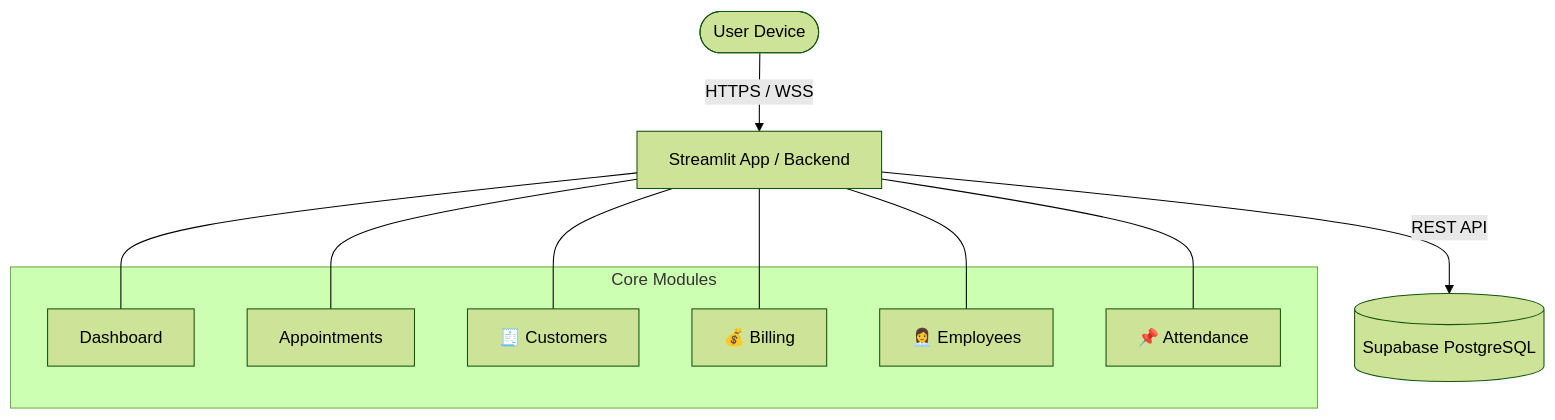
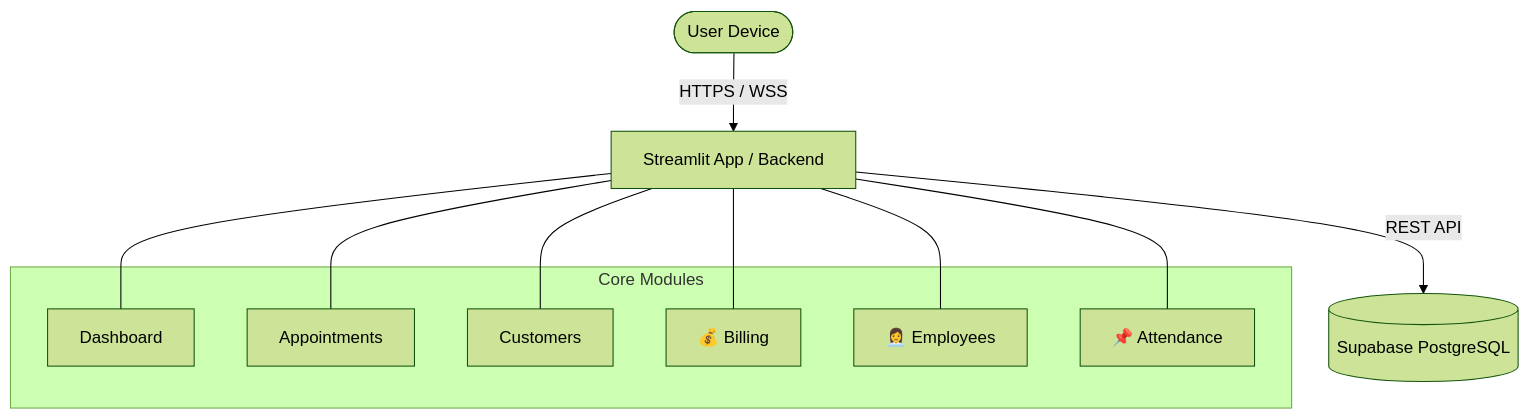
Before and after one commit to ItsMeTinku/Salon-Management-System: the first of 2 diagrams in README.md, drawn with Mermaid (forest theme).

Commit message:
Remove emoji from Customers label in README

````diff
--- a/README.md
+++ b/README.md
@@ -69,21 +69,21 @@
 ```mermaid
 graph TD
     User([User Device]) -->|HTTPS / WSS| Streamlit[Streamlit App / Backend]
     Streamlit -->|REST API| Supabase[(Supabase PostgreSQL)]
     
     subgraph Core Modules
         Dashboard[ Dashboard]
         Appointments[ Appointments]
-        Customers[🧾 Customers]
+        Customers[ Customers]
         Billing[💰 Billing]
         Employees[👩‍💼 Employees]
         Attendance[📌 Attendance]
     end
     
     Streamlit --- Dashboard
     Streamlit --- Appointments
     Streamlit --- Customers
     Streamlit --- Billing
     Streamlit --- Employees
     Streamlit --- Attendance
 ```
````
